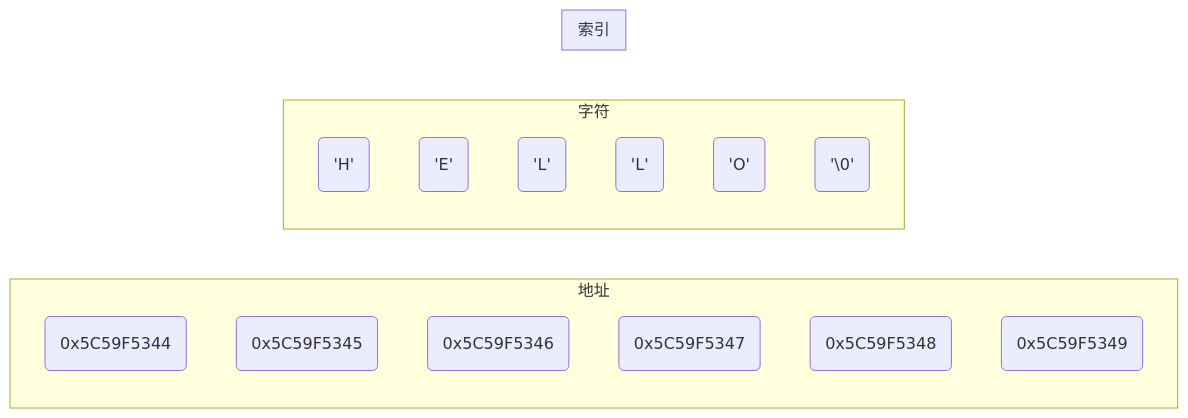
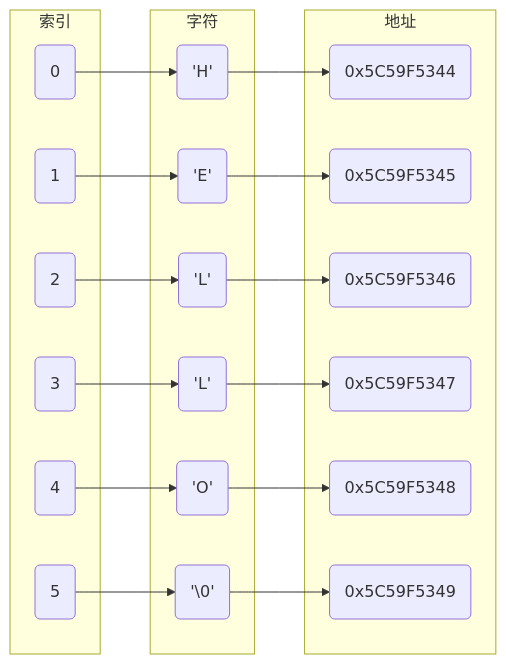
The first of 3 diagrams in _posts/Language/C&C++/Char/2021-11-13-字符.md (dmjcb/dmjcb.github.io), drawn with Mermaid before and after one commit. The commit also changed other lines of this file and 122 other files, not shown here.

Commit message:
修复图形显示BUG

````diff
--- a/_posts/Language/C&C++/Char/2021-11-13-字符.md
+++ b/_posts/Language/C&C++/Char/2021-11-13-字符.md
@@ -51,23 +51,29 @@
 ```mermaid
 graph LR
     subgraph 地址
         a0(0x5C59F5344)
         a1(0x5C59F5345)
         a2(0x5C59F5346)
         a3(0x5C59F5347)
         a4(0x5C59F5348)
         a5(0x5C59F5349)
     end
 
     subgraph 字符
         v0('H')
         v1('E')
         v2('L')
         v3('L')
         v4('O')
         v5('\0')
     end
 
     subgraph 索引
+        i0(0)-->v0-->a0
+        i1(1)-->v1-->a1
+        i2(2)-->v2-->a2
+        i3(3)-->v3-->a3
+        i4(4)-->v4-->a4
+        i5(5)-->v5-->a5
     end
 ```
````
